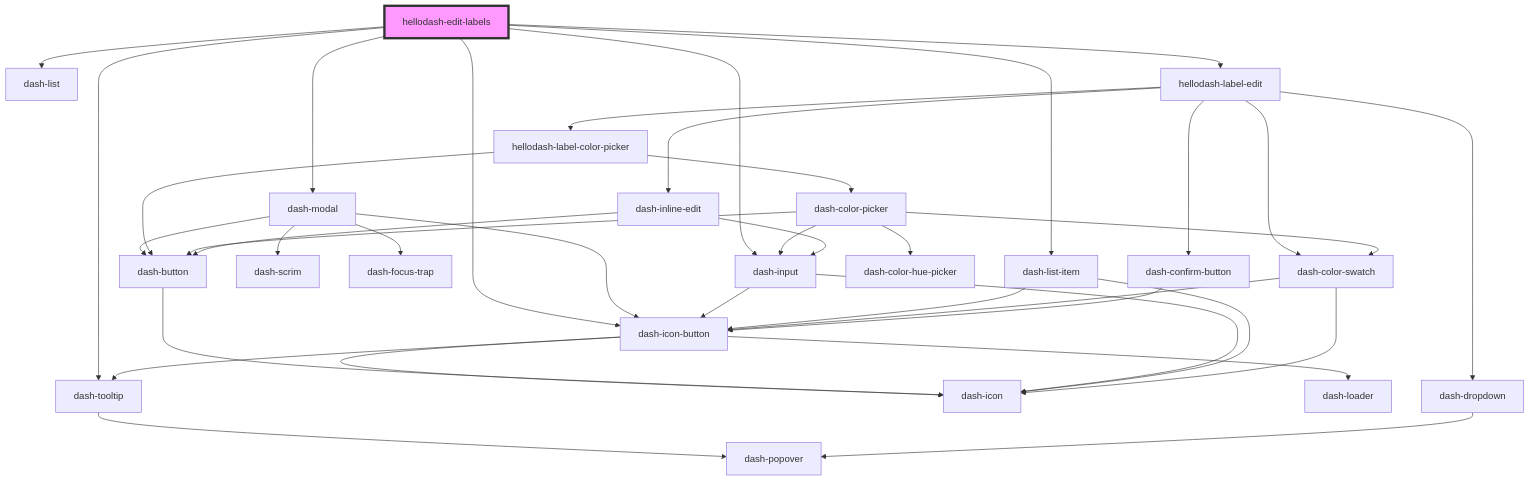
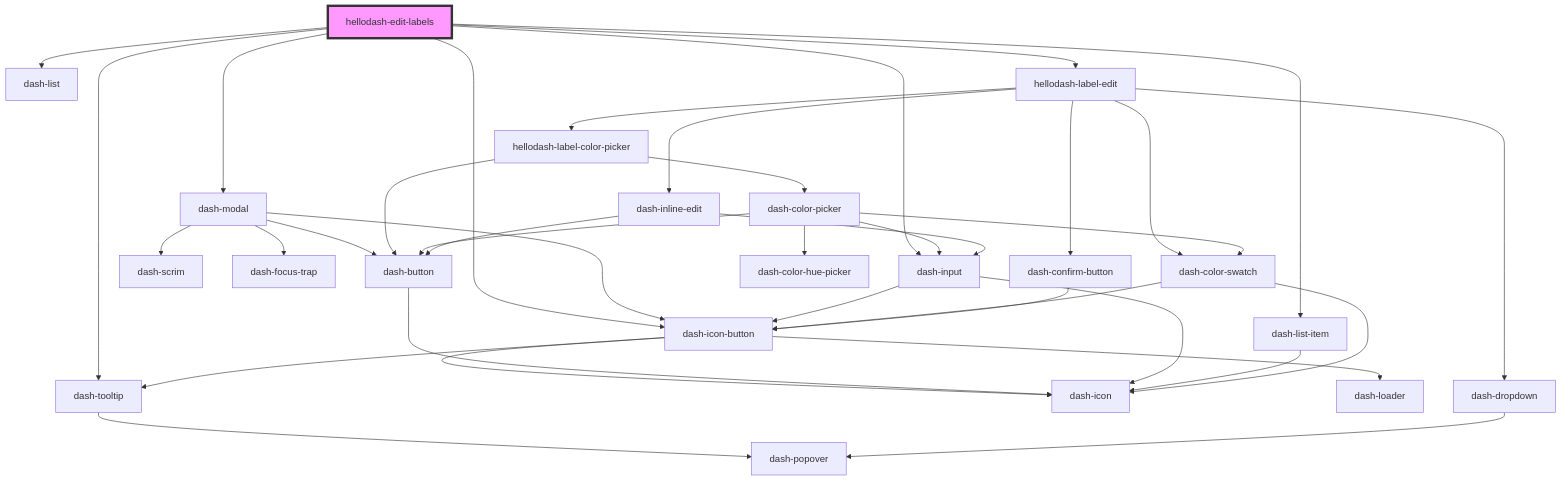
The diagram in packages/hellodash-components/src/components/modals/hellodash-edit-labels/readme.md (jmanke/dash), drawn with Mermaid before and after one commit. The commit also changed 10 other files, not shown here.

````diff
--- a/packages/hellodash-components/src/components/modals/hellodash-edit-labels/readme.md
+++ b/packages/hellodash-components/src/components/modals/hellodash-edit-labels/readme.md
@@ -54,41 +54,40 @@
 ```mermaid
 graph TD;
   hellodash-edit-labels --> dash-modal
   hellodash-edit-labels --> dash-input
   hellodash-edit-labels --> dash-icon-button
   hellodash-edit-labels --> dash-tooltip
   hellodash-edit-labels --> dash-list
   hellodash-edit-labels --> dash-list-item
   hellodash-edit-labels --> hellodash-label-edit
   dash-modal --> dash-scrim
   dash-modal --> dash-focus-trap
   dash-modal --> dash-icon-button
   dash-modal --> dash-button
   dash-icon-button --> dash-icon
   dash-icon-button --> dash-loader
   dash-icon-button --> dash-tooltip
   dash-tooltip --> dash-popover
   dash-button --> dash-icon
   dash-input --> dash-icon
   dash-input --> dash-icon-button
   dash-list-item --> dash-icon
-  dash-list-item --> dash-icon-button
   hellodash-label-edit --> dash-dropdown
   hellodash-label-edit --> dash-color-swatch
   hellodash-label-edit --> hellodash-label-color-picker
   hellodash-label-edit --> dash-inline-edit
   hellodash-label-edit --> dash-confirm-button
   dash-dropdown --> dash-popover
   dash-color-swatch --> dash-icon-button
   dash-color-swatch --> dash-icon
   hellodash-label-color-picker --> dash-color-picker
   hellodash-label-color-picker --> dash-button
   dash-color-picker --> dash-color-hue-picker
   dash-color-picker --> dash-button
   dash-color-picker --> dash-input
   dash-color-picker --> dash-color-swatch
   dash-inline-edit --> dash-button
   dash-inline-edit --> dash-input
   dash-confirm-button --> dash-icon-button
   style hellodash-edit-labels fill:#f9f,stroke:#333,stroke-width:4px
 ```
````
